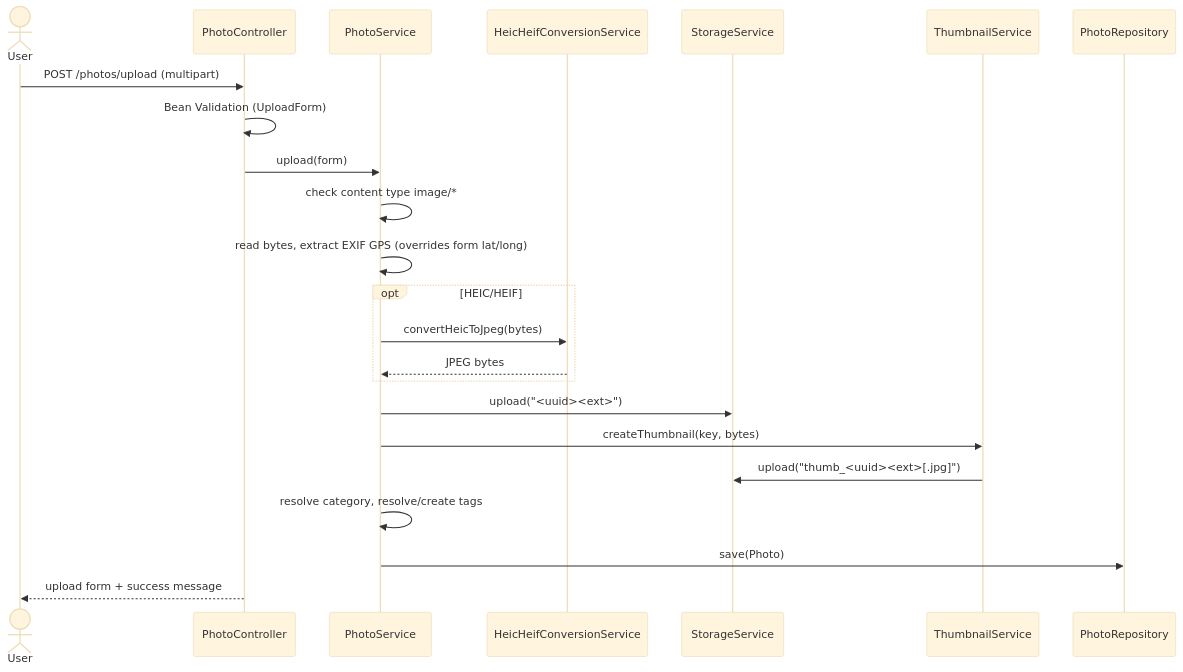
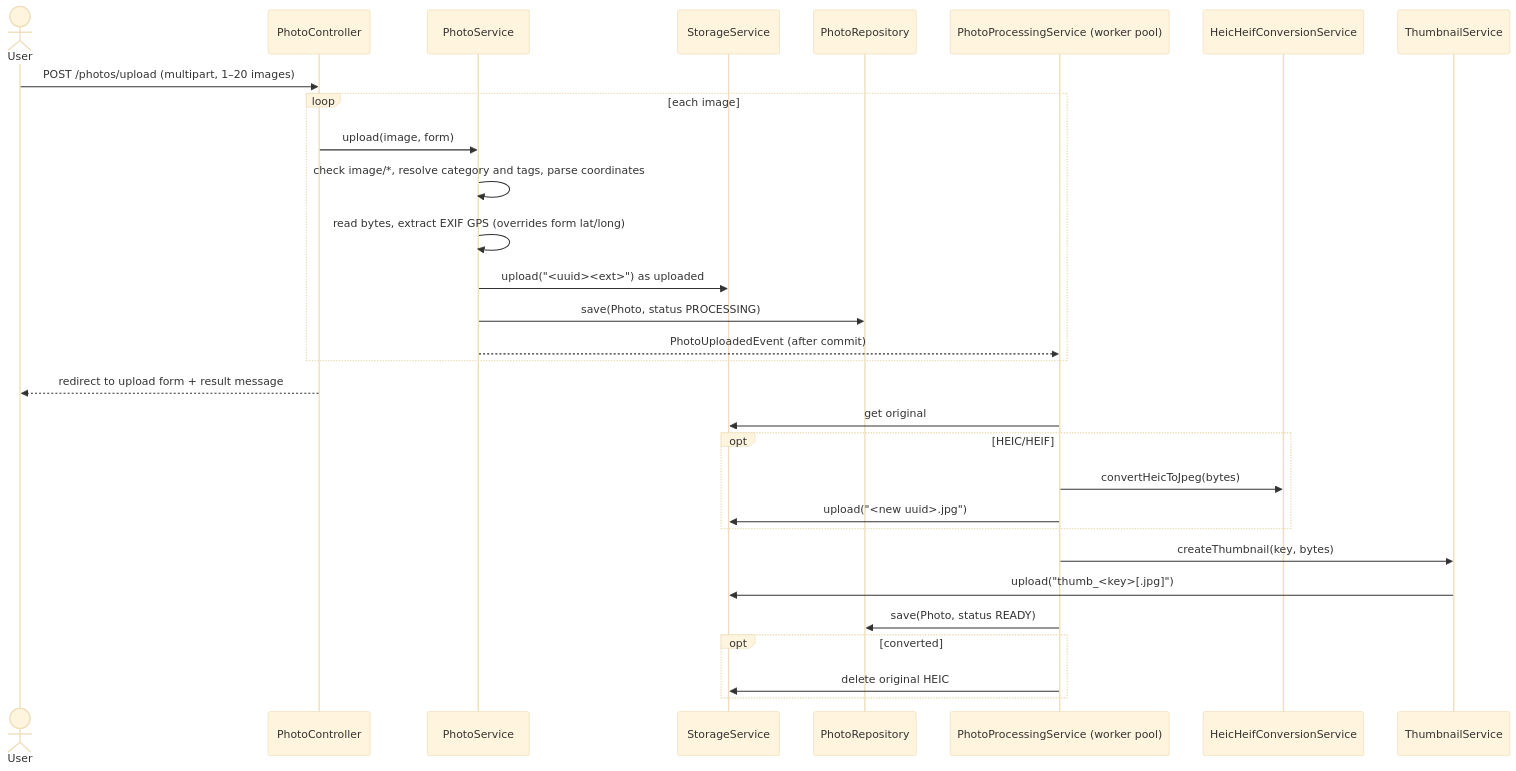
The second of 3 diagrams in docs/SPEC.md (moser-systems/picstr), drawn with Mermaid (base theme) before and after one commit. The commit also changed other lines of this file and 34 other files, not shown here.

````diff
--- a/docs/SPEC.md
+++ b/docs/SPEC.md
@@ -288,26 +289,33 @@
 ```mermaid
 sequenceDiagram
     actor U as User
     participant C as PhotoController
     participant P as PhotoService
+    participant S as StorageService
+    participant R as PhotoRepository
+    participant W as PhotoProcessingService (worker pool)
     participant H as HeicHeifConversionService
-    participant S as StorageService
     participant T as ThumbnailService
-    participant R as PhotoRepository
 
-    U->>C: POST /photos/upload (multipart)
-    C->>C: Bean Validation (UploadForm)
-    C->>P: upload(form)
-    P->>P: check content type image/*
-    P->>P: read bytes, extract EXIF GPS (overrides form lat/long)
+    U->>C: POST /photos/upload (multipart, 1–20 images)
+    loop each image
+        C->>P: upload(image, form)
+        P->>P: check image/*, resolve category and tags, parse coordinates
+        P->>P: read bytes, extract EXIF GPS (overrides form lat/long)
+        P->>S: upload("<uuid><ext>") as uploaded
+        P->>R: save(Photo, status PROCESSING)
+        P-->>W: PhotoUploadedEvent (after commit)
+    end
+    C-->>U: redirect to upload form + result message
+    W->>S: get original
     opt HEIC/HEIF
-        P->>H: convertHeicToJpeg(bytes)
-        H-->>P: JPEG bytes
+        W->>H: convertHeicToJpeg(bytes)
+        W->>S: upload("<new uuid>.jpg")
     end
-    P->>S: upload("<uuid><ext>")
-    P->>T: createThumbnail(key, bytes)
-    T->>S: upload("thumb_<uuid><ext>[.jpg]")
-    P->>P: resolve category, resolve/create tags
-    P->>R: save(Photo)
-    C-->>U: upload form + success message
+    W->>T: createThumbnail(key, bytes)
+    T->>S: upload("thumb_<key>[.jpg]")
+    W->>R: save(Photo, status READY)
+    opt converted
+        W->>S: delete original HEIC
+    end
 ```
````
